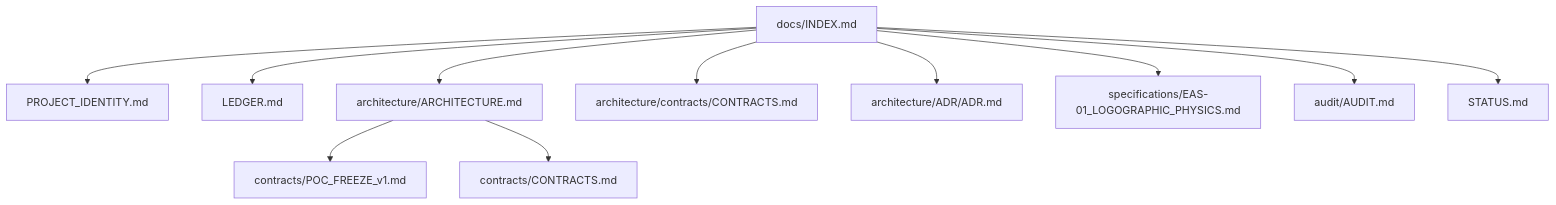
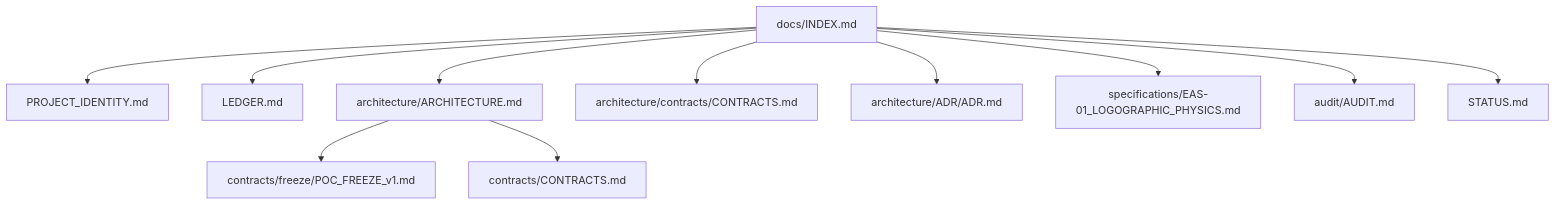
Before and after one commit to AlexusPacicus/Traianus: the diagram in docs/INDEX.md, drawn with Mermaid. The commit also changed 12 other files, not shown here.

````diff
--- a/docs/INDEX.md
+++ b/docs/INDEX.md
@@ -23,14 +23,14 @@
 ```mermaid
 graph TD
     ROOT[docs/INDEX.md] --> PID[PROJECT_IDENTITY.md]
     ROOT --> LED[LEDGER.md]
     ROOT --> ARCH[architecture/ARCHITECTURE.md]
     ROOT --> CONT[architecture/contracts/CONTRACTS.md]
     ROOT --> ADR[architecture/ADR/ADR.md]
     ROOT --> EAS[specifications/EAS-01_LOGOGRAPHIC_PHYSICS.md]
     ROOT --> AUD[audit/AUDIT.md]
     ROOT --> STA[STATUS.md]
     
-    ARCH --> CON1[contracts/POC_FREEZE_v1.md]
+    ARCH --> CON1[contracts/freeze/POC_FREEZE_v1.md]
     ARCH --> CON2[contracts/CONTRACTS.md]
 ```
````
